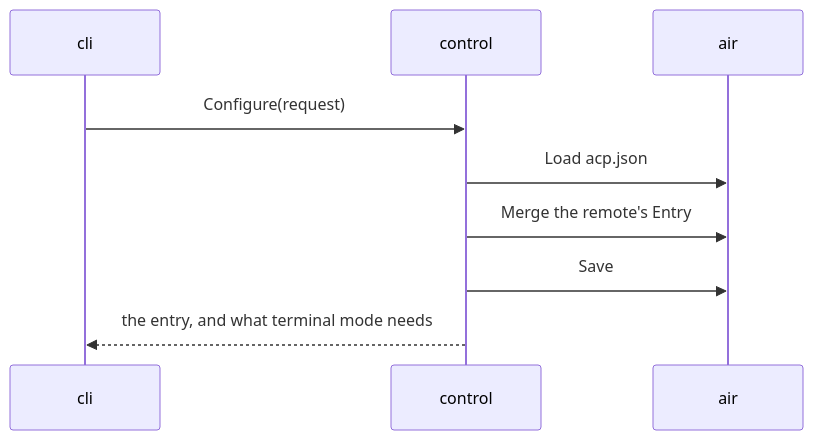
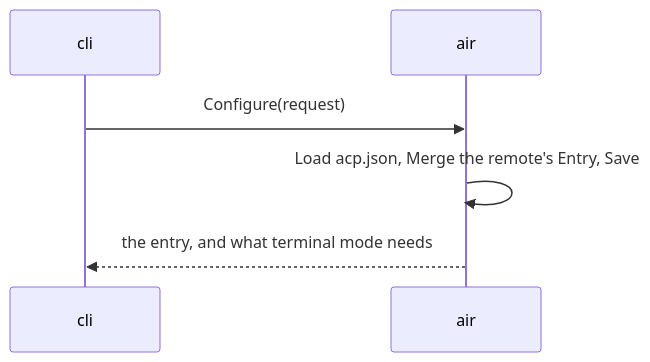
One commit to zerlok/hermod changed diagram 15 of 15 in docs/ARCHITECTURE.md. Above: the diagram before and after it, drawn with Mermaid. The commit also changed other lines of this file and 12 other files, not shown here.

First line of the commit message:
docs(air): sync architecture and the add-air-bridge change with the draft

````diff
--- a/docs/ARCHITECTURE.md
+++ b/docs/ARCHITECTURE.md
@@ -678,11 +992,8 @@
 ```mermaid
 sequenceDiagram
     participant cli
-    participant control
     participant air
-    cli ->> control: Configure(request)
-    control ->> air: Load acp.json
-    control ->> air: Merge the remote's Entry
-    control ->> air: Save
-    control -->> cli: the entry, and what terminal mode needs
+    cli ->> air: Configure(request)
+    air ->> air: Load acp.json, Merge the remote's Entry, Save
+    air -->> cli: the entry, and what terminal mode needs
 ```
````
